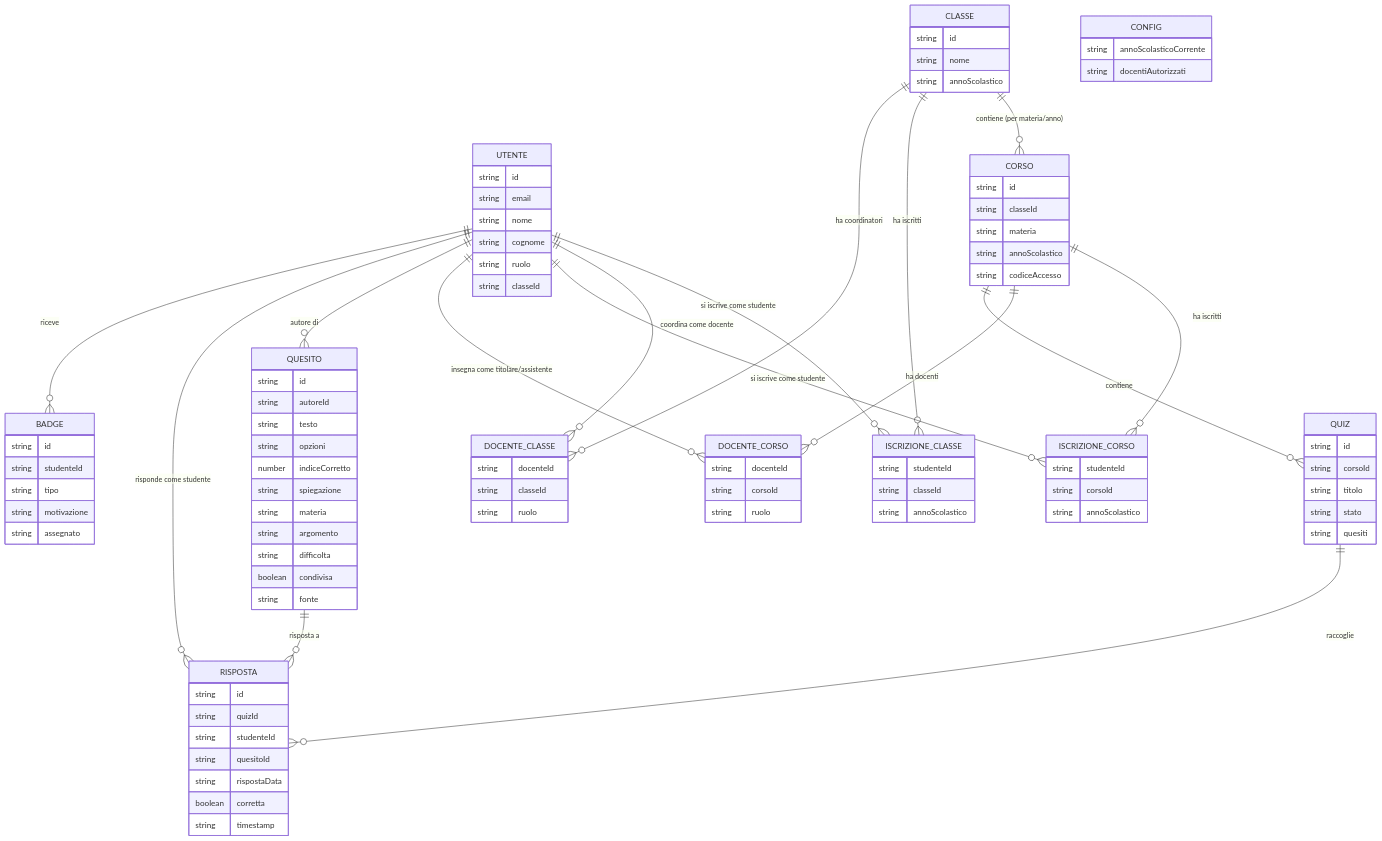
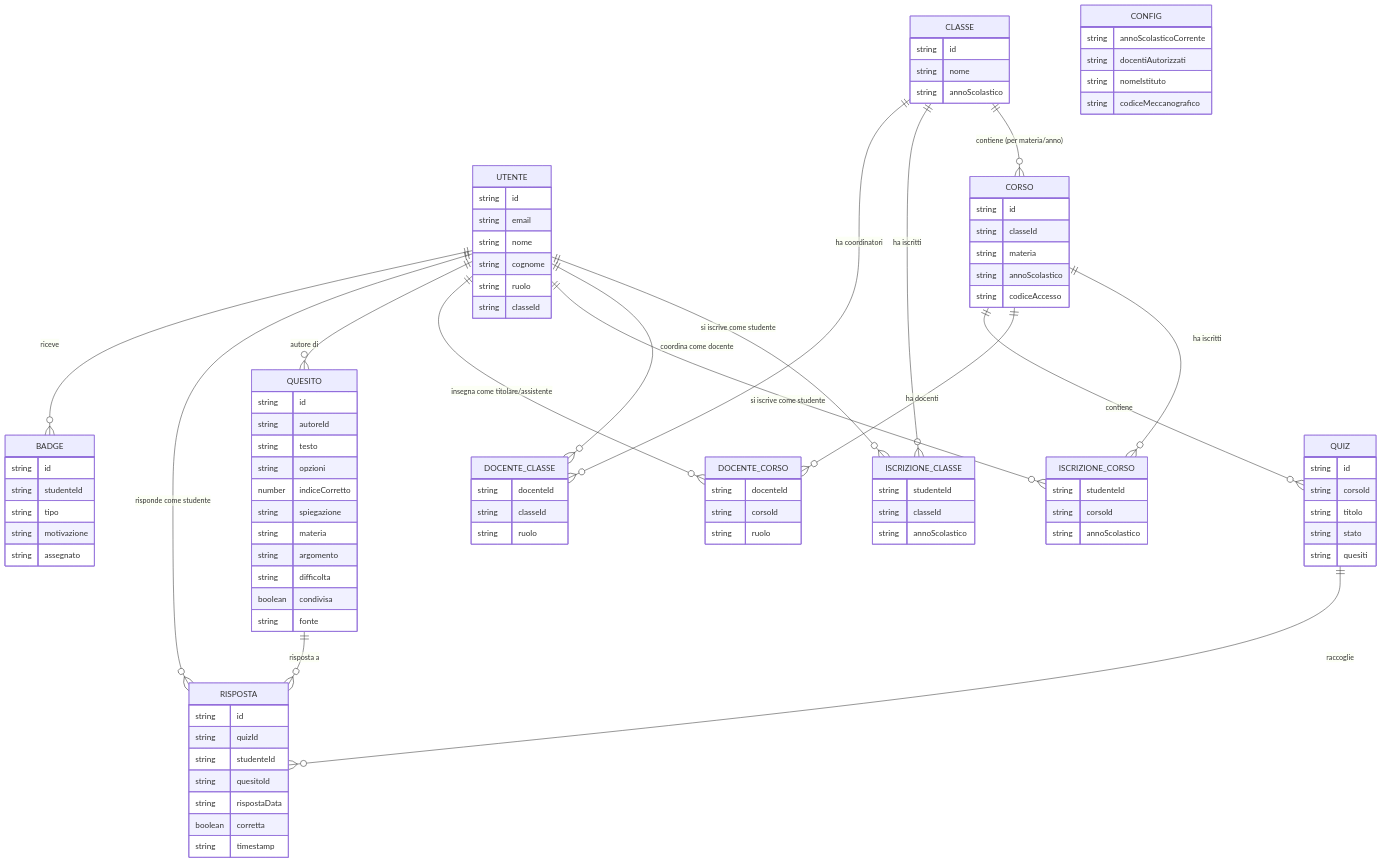
One commit to trikkulab/isaquiz changed the diagram in docs/isaquiz_ERD.md. Above: the diagram before and after it, drawn with Mermaid. The commit also changed other lines of this file and 2 other files, not shown here.

Commit message:
ragionamenti su nome istituto

```diff
--- a/docs/isaquiz_ERD.md
+++ b/docs/isaquiz_ERD.md
@@ -58,6 +58,8 @@
     CONFIG {
         string annoScolasticoCorrente
         string docentiAutorizzati
+        string nomeIstituto
+        string codiceMeccanografico
     }
 
     QUESITO {
```
